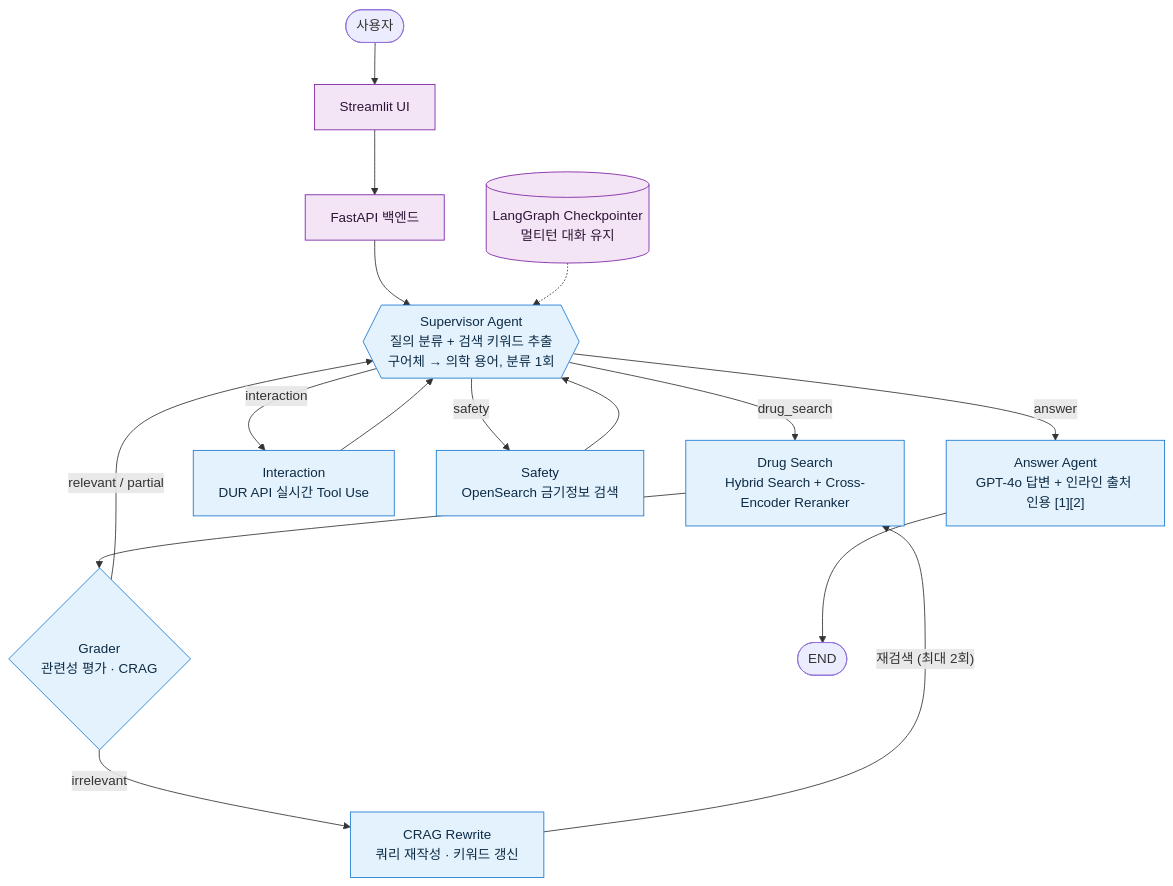
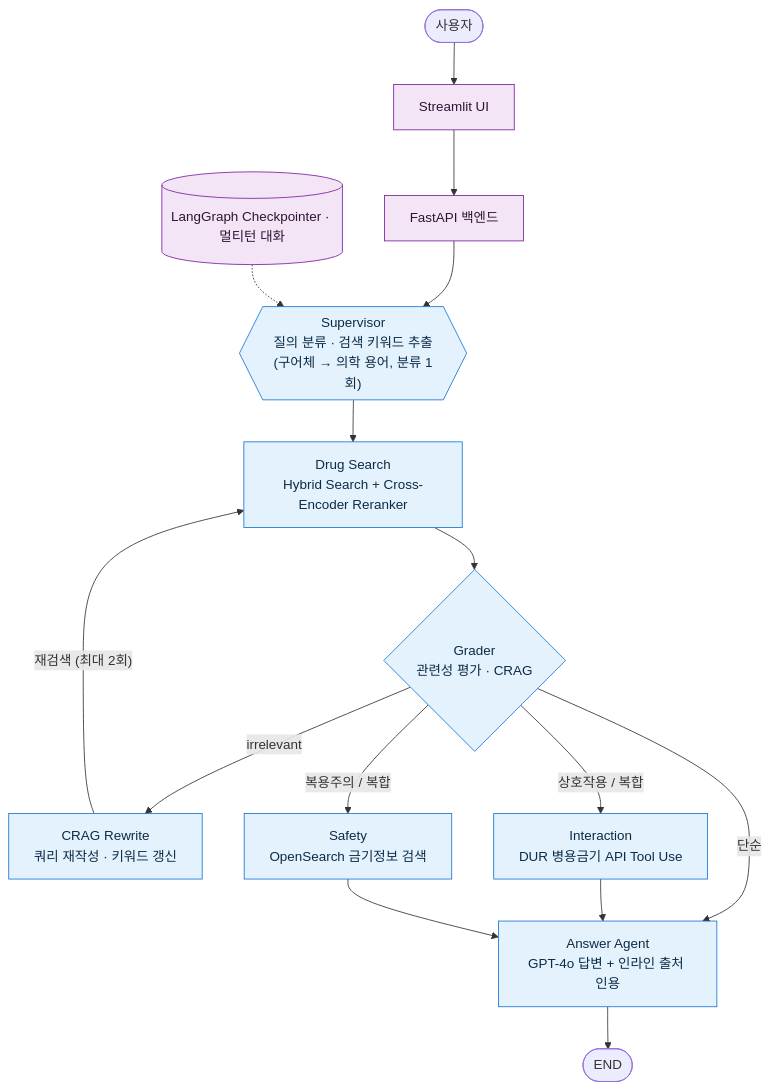
One commit to klsdcv/MedAgent-RAG changed the diagram in README.md. Above: the diagram before and after it, drawn with Mermaid.

Commit message:
docs: 아키텍처 Mermaid 다이어그램 단순화 (허브 백엣지 제거, 직선 파이프라인)
Supervisor 허브로 되돌아오는 엣지들이 곡선 난잡을 유발 → 위→아래 파이프라인 + 단일 CRAG 루프 + Grader 유형별 분기 구조로 정리

````diff
--- a/README.md
+++ b/README.md
@@ -16,27 +16,24 @@
 ```mermaid
 flowchart TD
-    U([사용자]) --> UI[Streamlit UI]
-    UI --> API[FastAPI 백엔드]
-    API --> SUP{{"Supervisor Agent<br/>질의 분류 + 검색 키워드 추출<br/>구어체 → 의학 용어, 분류 1회"}}
+    U([사용자]) --> UI[Streamlit UI] --> API[FastAPI 백엔드] --> SUP
 
-    SUP -->|drug_search| DS["Drug Search<br/>Hybrid Search + Cross-Encoder Reranker"]
+    SUP{{"Supervisor<br/>질의 분류 · 검색 키워드 추출<br/>(구어체 → 의학 용어, 분류 1회)"}}
+    SUP --> DS["Drug Search<br/>Hybrid Search + Cross-Encoder Reranker"]
     DS --> GR{"Grader<br/>관련성 평가 · CRAG"}
-    GR -->|"irrelevant"| CR["CRAG Rewrite<br/>쿼리 재작성 · 키워드 갱신"]
-    CR -->|"재검색 (최대 2회)"| DS
-    GR -->|"relevant / partial"| SUP
+    GR -- irrelevant --> CR["CRAG Rewrite<br/>쿼리 재작성 · 키워드 갱신"]
+    CR -- "재검색 (최대 2회)" --> DS
 
-    SUP -->|interaction| INT["Interaction<br/>DUR API 실시간 Tool Use"]
-    SUP -->|safety| SAF["Safety<br/>OpenSearch 금기정보 검색"]
-    INT --> SUP
-    SAF --> SUP
+    GR -- "단순" --> ANS
+    GR -- "상호작용 / 복합" --> INT["Interaction<br/>DUR 병용금기 API Tool Use"]
+    GR -- "복용주의 / 복합" --> SAF["Safety<br/>OpenSearch 금기정보 검색"]
+    INT --> ANS
+    SAF --> ANS
 
-    SUP -->|answer| ANS["Answer Agent<br/>GPT-4o 답변 + 인라인 출처 인용 [1][2]"]
-    ANS --> FIN([END])
-
-    CP[("LangGraph Checkpointer<br/>멀티턴 대화 유지")] -.-> SUP
+    ANS["Answer Agent<br/>GPT-4o 답변 + 인라인 출처 인용"] --> FIN([END])
+    CP[("LangGraph Checkpointer · 멀티턴 대화")] -.-> SUP
 
     classDef agent fill:#e3f2fd,stroke:#1976d2,color:#0d2b45;
     classDef io fill:#f3e5f5,stroke:#7b1fa2,color:#2e1437;
     class SUP,DS,GR,CR,INT,SAF,ANS agent;
     class UI,API,CP io;
 ```
````
